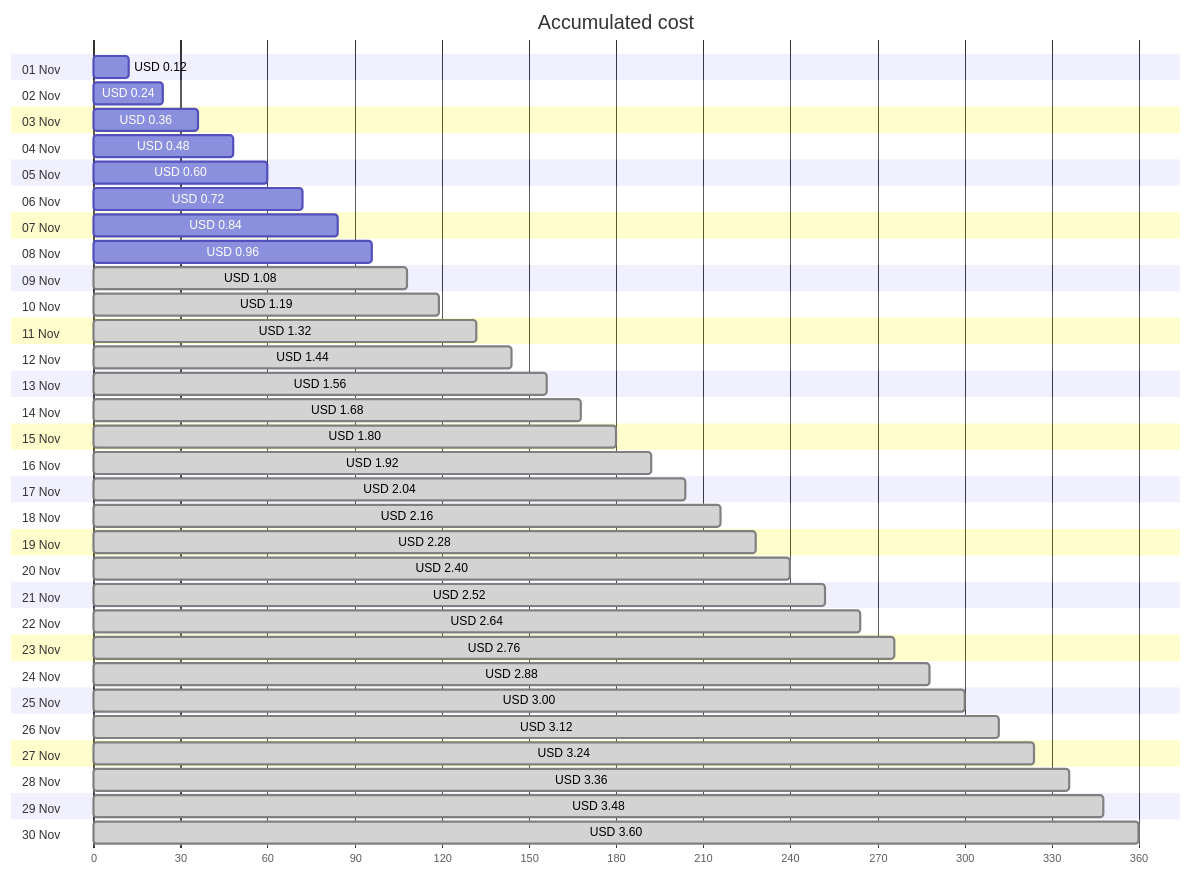
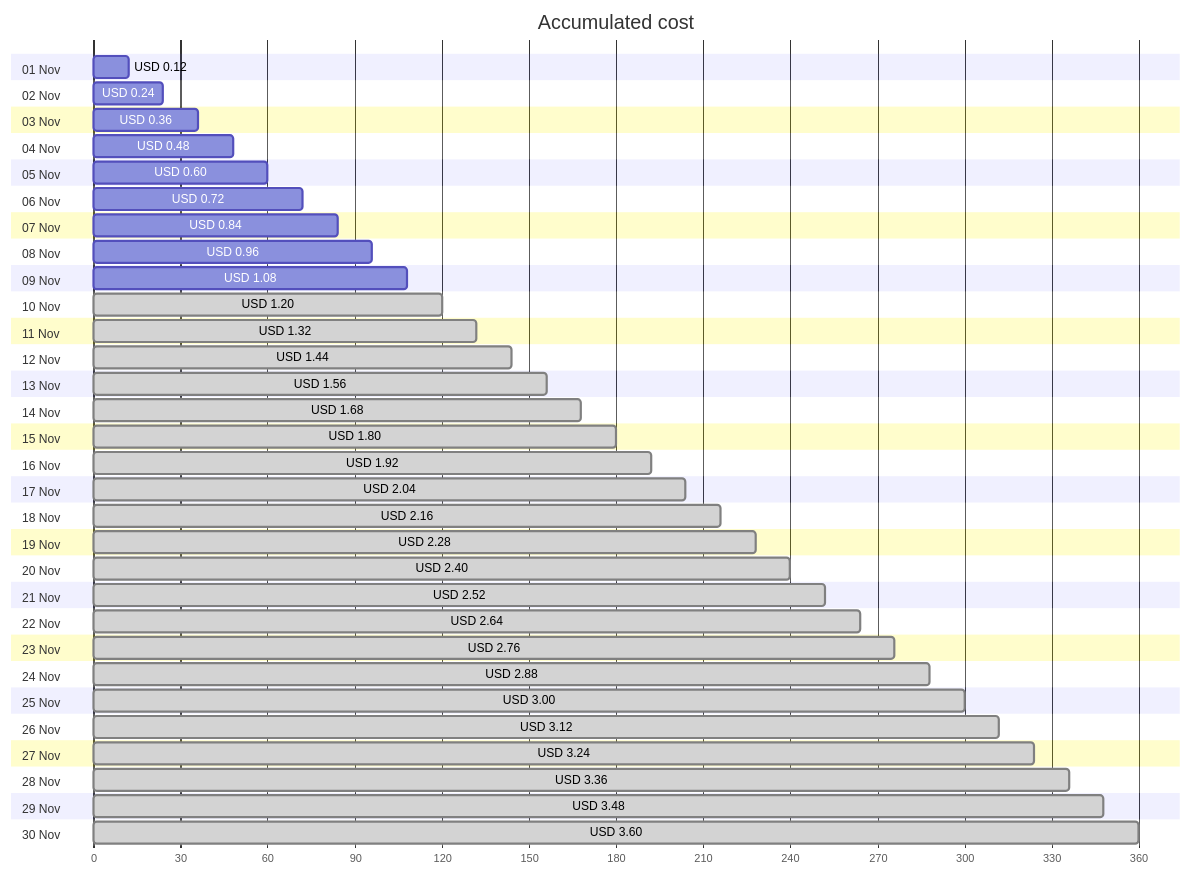
Before and after one commit to jpfulton/azure-personal-reports: the first of 4 diagrams in cost-reports/personal-network/backup-server-public-ip.md, drawn with Mermaid. The commit also changed other lines of this file and 8 other files, not shown here.

````diff
--- a/cost-reports/personal-network/backup-server-public-ip.md
+++ b/cost-reports/personal-network/backup-server-public-ip.md
@@ -20,66 +20,66 @@
 ```mermaid
 gantt
    title Accumulated cost
    dateFormat  X
    axisFormat %s
    section 01 Nov
    USD 0.12 :0, 12
    section 02 Nov
    USD 0.24 :0, 24
    section 03 Nov
    USD 0.36 :0, 36
    section 04 Nov
    USD 0.48 :0, 48
    section 05 Nov
    USD 0.60 :0, 60
    section 06 Nov
    USD 0.72 :0, 72
    section 07 Nov
    USD 0.84 :0, 84
    section 08 Nov
    USD 0.96 :0, 96
    section 09 Nov
-   USD 1.08 : done, 0, 108
+   USD 1.08 :0, 108
    section 10 Nov
-   USD 1.19 : done, 0, 119
+   USD 1.20 : done, 0, 120
    section 11 Nov
    USD 1.32 : done, 0, 132
    section 12 Nov
    USD 1.44 : done, 0, 144
    section 13 Nov
    USD 1.56 : done, 0, 156
    section 14 Nov
    USD 1.68 : done, 0, 168
    section 15 Nov
    USD 1.80 : done, 0, 180
    section 16 Nov
    USD 1.92 : done, 0, 192
    section 17 Nov
    USD 2.04 : done, 0, 204
    section 18 Nov
    USD 2.16 : done, 0, 216
    section 19 Nov
    USD 2.28 : done, 0, 228
    section 20 Nov
    USD 2.40 : done, 0, 240
    section 21 Nov
    USD 2.52 : done, 0, 252
    section 22 Nov
    USD 2.64 : done, 0, 264
    section 23 Nov
    USD 2.76 : done, 0, 276
    section 24 Nov
    USD 2.88 : done, 0, 288
    section 25 Nov
    USD 3.00 : done, 0, 300
    section 26 Nov
    USD 3.12 : done, 0, 312
    section 27 Nov
    USD 3.24 : done, 0, 324
    section 28 Nov
    USD 3.36 : done, 0, 336
    section 29 Nov
    USD 3.48 : done, 0, 348
    section 30 Nov
    USD 3.60 : done, 0, 360
 ```
````
